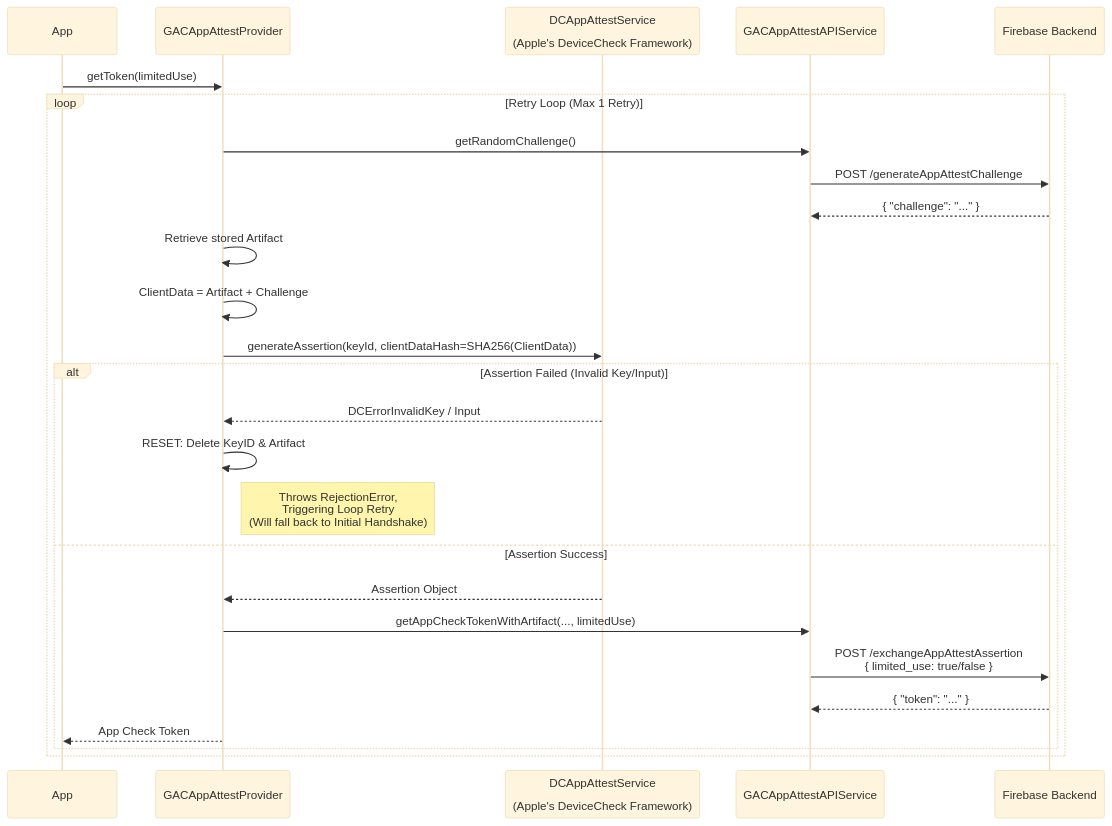
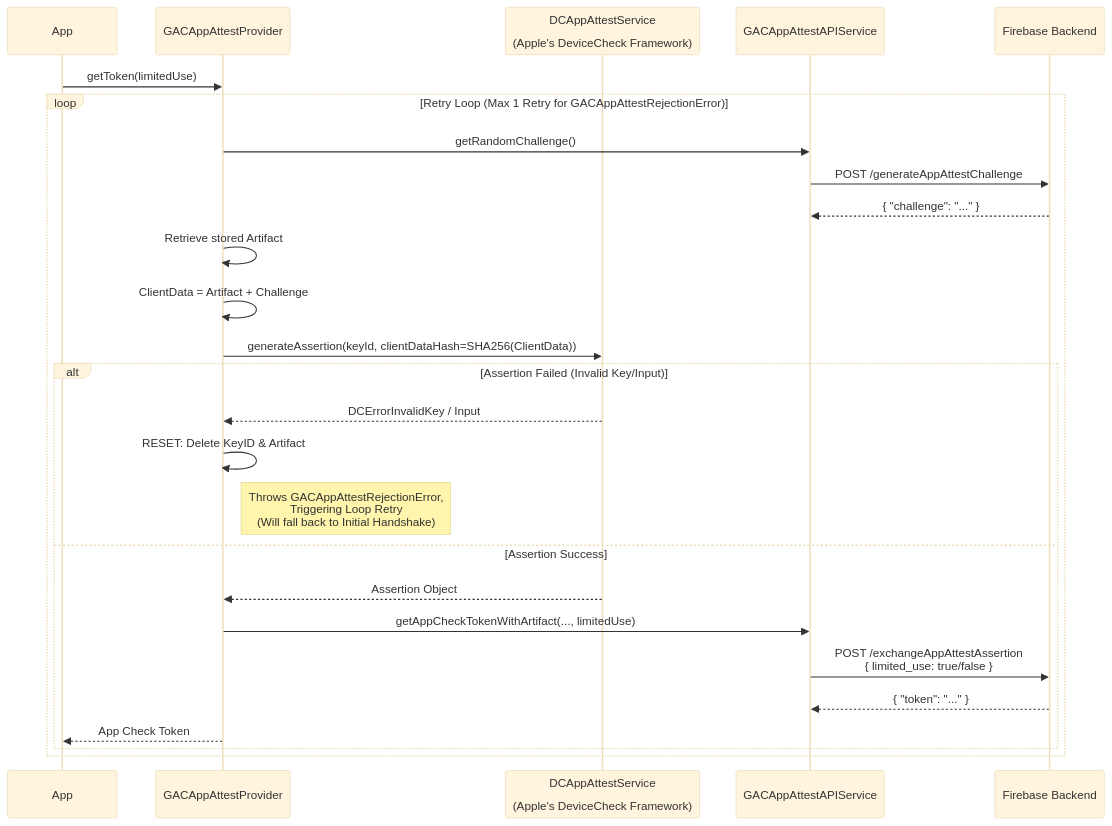
The fourth of 4 diagrams in docs/providers/app-attest.md (google/app-check), drawn with Mermaid (base theme) before and after one commit. The commit also changed other lines of this file, not shown here.

````diff
--- a/docs/providers/app-attest.md
+++ b/docs/providers/app-attest.md
@@ -208,34 +210,34 @@
 ```mermaid
 sequenceDiagram
     participant App
     participant Provider as GACAppAttestProvider
     participant Apple as DCAppAttestService<br/><br/>(Apple's DeviceCheck Framework)
     participant API as GACAppAttestAPIService
     participant Backend as Firebase Backend
 
     App->>Provider: getToken(limitedUse)
     
-    loop Retry Loop (Max 1 Retry)
+    loop Retry Loop (Max 1 Retry for GACAppAttestRejectionError)
         Provider->>API: getRandomChallenge()
         API->>Backend: POST /generateAppAttestChallenge
         Backend-->>API: { "challenge": "..." }
 
         Provider->>Provider: Retrieve stored Artifact
         Provider->>Provider: ClientData = Artifact + Challenge
         Provider->>Apple: generateAssertion(keyId, clientDataHash=SHA256(ClientData))
         
         alt Assertion Failed (Invalid Key/Input)
             Apple-->>Provider: DCErrorInvalidKey / Input
             Provider->>Provider: RESET: Delete KeyID & Artifact
-            Note right of Provider: Throws RejectionError,<br/>Triggering Loop Retry<br/>(Will fall back to Initial Handshake)
+            Note right of Provider: Throws GACAppAttestRejectionError,<br/>Triggering Loop Retry<br/>(Will fall back to Initial Handshake)
         else Assertion Success
             Apple-->>Provider: Assertion Object
             
             Provider->>API: getAppCheckTokenWithArtifact(..., limitedUse)
             API->>Backend: POST /exchangeAppAttestAssertion<br/>{ limited_use: true/false }
             Backend-->>API: { "token": "..." }
             
             Provider-->>App: App Check Token
         end
     end
 ```
````
